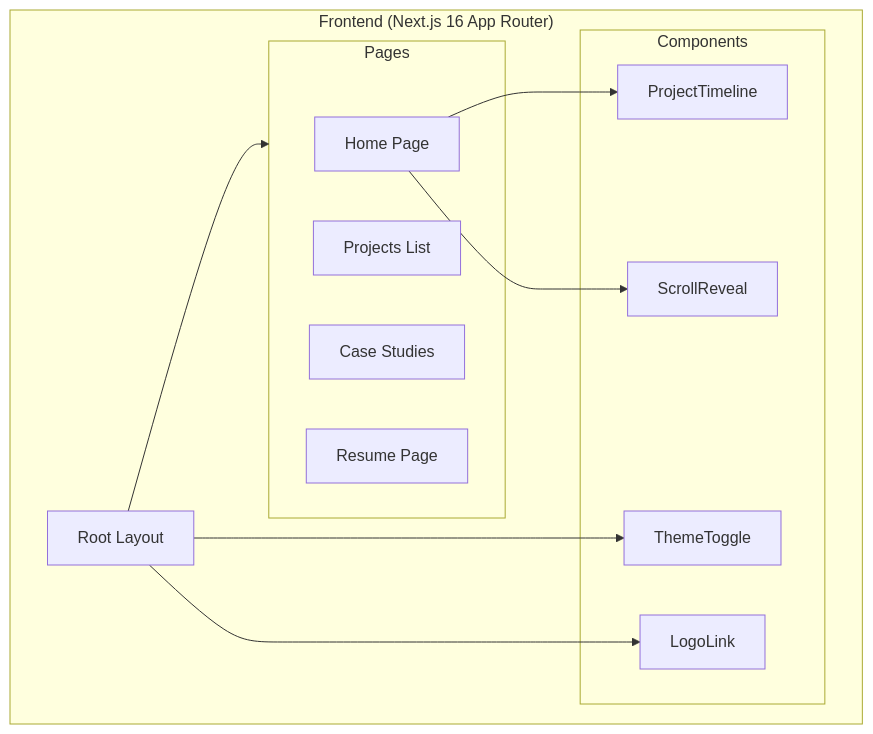
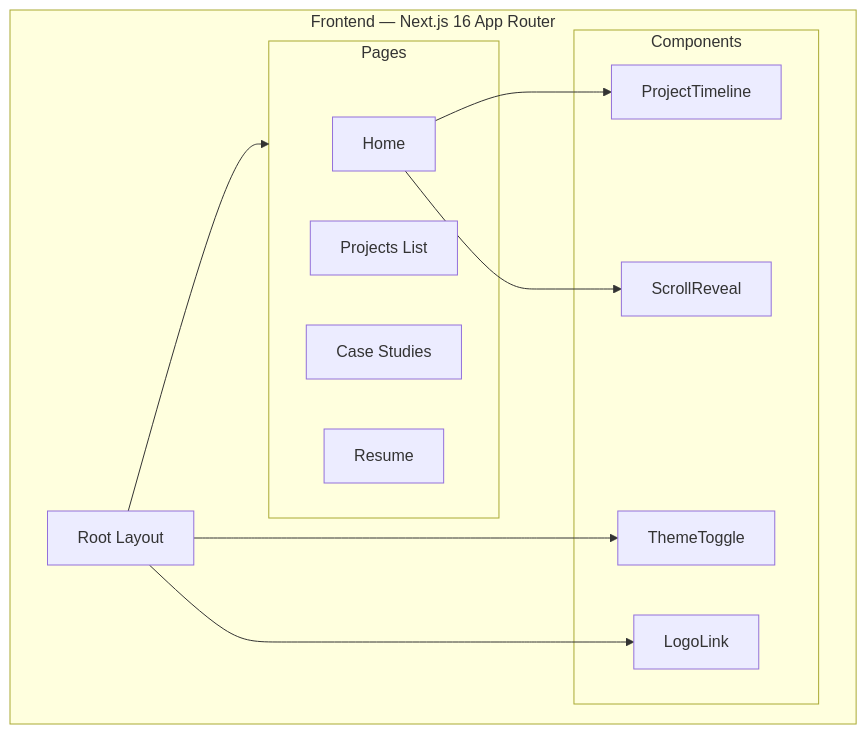
The diagram in README.md (sahilkamalny/Portfolio), drawn with Mermaid before and after one commit. The commit also changed other lines of this file, not shown here.

````diff
--- a/README.md
+++ b/README.md
@@ -73,28 +59,26 @@
 ```mermaid
 flowchart TB
-    subgraph Client["Frontend (Next.js 16 App Router)"]
+    subgraph Client["Frontend — Next.js 16 App Router"]
         Layout[Root Layout]
         Pages[Pages]
         Components[Components]
     end
-    
+
     subgraph Pages
-        Home[Home Page]
+        Home[Home]
         Projects[Projects List]
         CaseStudy[Case Studies]
-        Resume[Resume Page]
+        Resume[Resume]
     end
-    
+
     subgraph Components
         Timeline[ProjectTimeline]
         ThemeToggle[ThemeToggle]
         ScrollReveal[ScrollReveal]
         LogoLink[LogoLink]
     end
-    
+
     Layout --> Pages
-    Home --> Timeline
-    Home --> ScrollReveal
-    Layout --> ThemeToggle
-    Layout --> LogoLink
+    Home --> Timeline & ScrollReveal
+    Layout --> ThemeToggle & LogoLink
 ```
````
